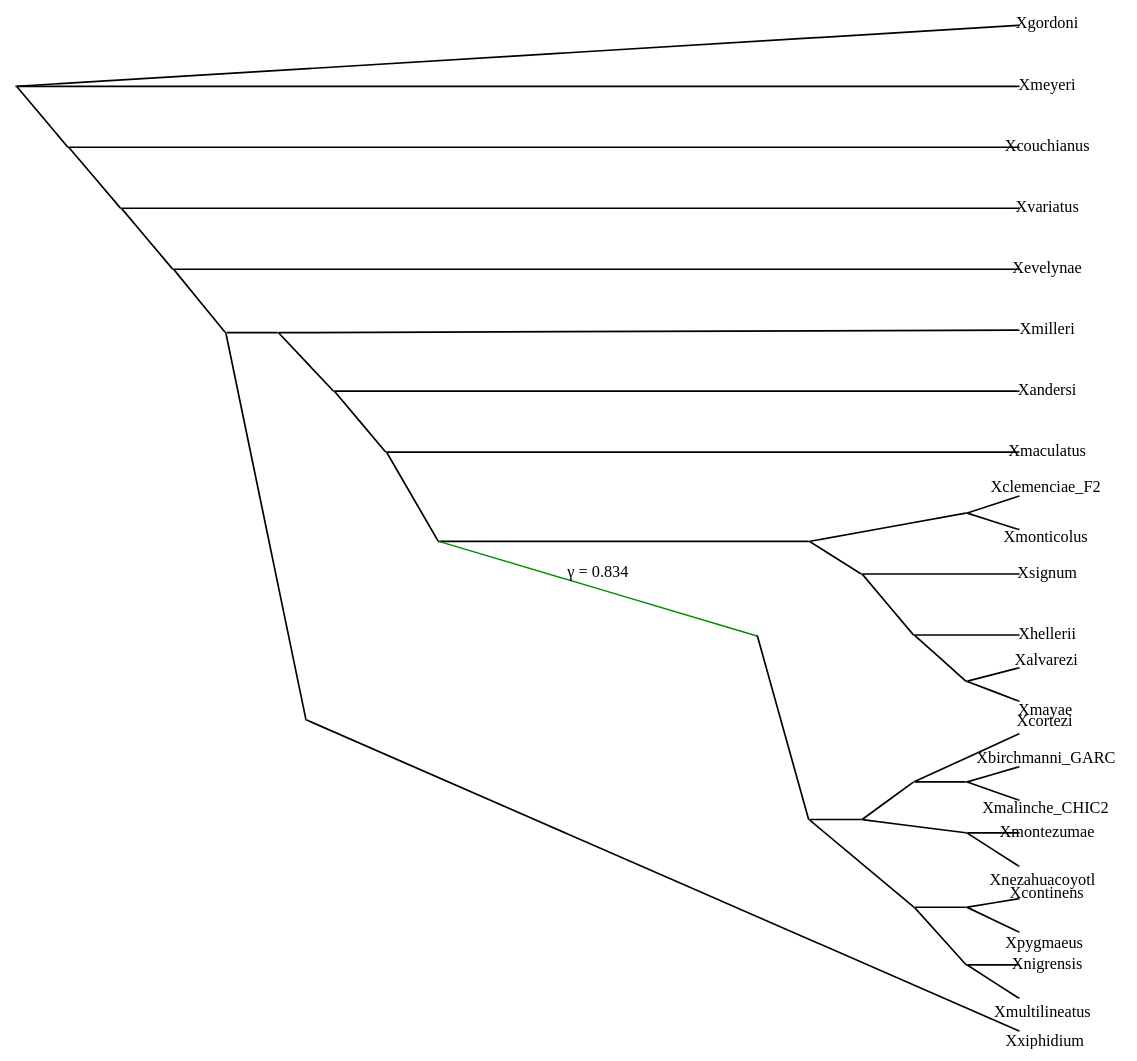
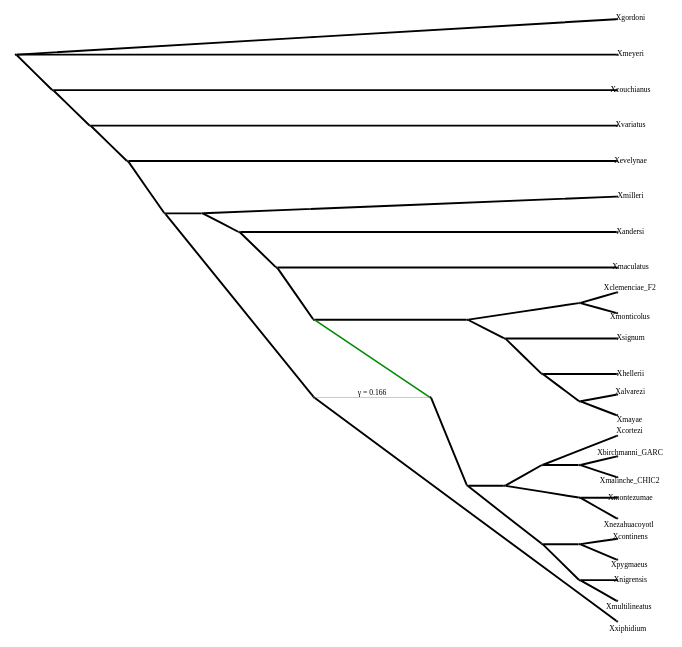
One commit to JuliaPhylo/PhyloNetworks.jl changed the diagram in visualization/drawCF.dot. Above: the diagram before and after it, drawn with Graphviz. The commit also changed 7 other files, not shown here.

Commit message:
Switched gamma label to minor edge

```diff
--- a/visualization/drawCF.dot
+++ b/visualization/drawCF.dot
@@ -2,10 +2,10 @@
      rankdir=LR; 
     labelloc=b 
     ratio="fill"; 
-    size="10 ,10 !"; 
-    nodesep=1.0; 
-    splines=false; 
-    edge [fontsize=39.0]; 
+    size="6 ,8 !"; 
+    nodesep=0.5; 
+    splines=line; 
+    edge [fontsize=16.0]; 
     node [shape = point] 
     rank=max -1 
   subgraph    { 1 , 2 , 3 , 4 , 5 , 6 , 7 , 8 , 9 , 10 , 11 , 12 , 13 , 14 , 15 , 16 , 17 , 18 , 19 , 20 , 21 , 22 , 24 , 25 } 
@@ -36,34 +36,34 @@
  
      -1 -- 1
                                   [headlabel=Xgordoni]
-                                  [labeldistance=7.0]
-                                  [labelangle=180]
+                                  [labeldistance=3.0]
+                                  [labelangle=180.0]
                                   [penwidth=4]; 
      -1 -- 2
                                   [headlabel=Xmeyeri]
-                                  [labeldistance=7.0]
-                                  [labelangle=180]
+                                  [labeldistance=3.0]
+                                  [labelangle=180.0]
                                   [penwidth=4]; 
      -1 -- -2
                                   [penwidth=4]; 
      -2 -- 3
                                   [headlabel=Xcouchianus]
-                                  [labeldistance=7.0]
-                                  [labelangle=180]
+                                  [labeldistance=3.0]
+                                  [labelangle=180.0]
                                   [penwidth=4]; 
      -2 -- -3
                                   [penwidth=4]; 
      -3 -- 4
                                   [headlabel=Xvariatus]
-                                  [labeldistance=7.0]
-                                  [labelangle=180]
+                                  [labeldistance=3.0]
+                                  [labelangle=180.0]
                                   [penwidth=4]; 
      -3 -- -4
                                   [penwidth=4]; 
      -4 -- 5
                                   [headlabel=Xevelynae]
-                                  [labeldistance=7.0]
-                                  [labelangle=180]
+                                  [labeldistance=3.0]
+                                  [labelangle=180.0]
                                   [penwidth=4]; 
      -4 -- -5
                                   [penwidth=4]; 
@@ -73,15 +73,15 @@
                                   [penwidth=4]; 
      -7 -- 6
                                   [headlabel=Xandersi]
-                                  [labeldistance=7.0]
-                                  [labelangle=180]
+                                  [labeldistance=3.0]
+                                  [labelangle=180.0]
                                   [penwidth=4]; 
      -7 -- -8
                                   [penwidth=4]; 
      -8 -- 7
                                   [headlabel=Xmaculatus]
-                                  [labeldistance=7.0]
-                                  [labelangle=180]
+                                  [labeldistance=3.0]
+                                  [labelangle=180.0]
                                   [penwidth=4]; 
      -8 -- -9
                                   [penwidth=4]; 
@@ -91,13 +91,13 @@
                                   [penwidth=4]; 
      -11 -- 8
                                   [headlabel=Xclemenciae_F2]
-                                  [labeldistance=7.0]
-                                  [labelangle=180]
+                                  [labeldistance=3.0]
+                                  [labelangle=180.0]
                                   [penwidth=4]; 
      -11 -- 9
                                   [headlabel=Xmonticolus]
-                                  [labeldistance=7.0]
-                                  [labelangle=180]
+                                  [labeldistance=3.0]
+                                  [labelangle=180.0]
                                   [penwidth=4]; 
      -10 -- -12
                                   [penwidth=4]; 
@@ -105,32 +105,29 @@
                                   [penwidth=4]; 
      -13 -- 10
                                   [headlabel=Xhellerii]
-                                  [labeldistance=7.0]
-                                  [labelangle=180]
+                                  [labeldistance=3.0]
+                                  [labelangle=180.0]
                                   [penwidth=4]; 
      -13 -- -14
                                   [penwidth=4]; 
      -14 -- 11
                                   [headlabel=Xalvarezi]
-                                  [labeldistance=7.0]
-                                  [labelangle=180]
+                                  [labeldistance=3.0]
+                                  [labelangle=180.0]
                                   [penwidth=4]; 
      -14 -- 12
                                   [headlabel=Xmayae]
-                                  [labeldistance=7.0]
-                                  [labelangle=180]
+                                  [labeldistance=3.0]
+                                  [labelangle=180.0]
                                   [penwidth=4]; 
      -12 -- 13
                                   [headlabel=Xsignum]
-                                  [labeldistance=7.0]
-                                  [labelangle=180]
+                                  [labeldistance=3.0]
+                                  [labelangle=180.0]
                                   [penwidth=4]; 
    -9 -- 23
                                   [color=green4]
-                                  [penwidth=3.336]
-                                  [label=" &gamma; = 0.834"]
-                                  [labeldistance = 3.5]
-                                  [labelangle=45.0]; 
+                                  [penwidth=3.336]; 
      23 -- -16
                                   [penwidth=4]; 
      -16 -- -17
@@ -141,30 +138,30 @@
                                   [penwidth=4]; 
      -19 -- 14
                                   [headlabel=Xbirchmanni_GARC]
-                                  [labeldistance=7.0]
-                                  [labelangle=180]
+                                  [labeldistance=3.0]
+                                  [labelangle=180.0]
                                   [penwidth=4]; 
      -19 -- 15
                                   [headlabel=Xmalinche_CHIC2]
-                                  [labeldistance=7.0]
-                                  [labelangle=180]
+                                  [labeldistance=3.0]
+                                  [labelangle=180.0]
                                   [penwidth=4]; 
      -18 -- 16
                                   [headlabel=Xcortezi]
-                                  [labeldistance=7.0]
-                                  [labelangle=180]
+                                  [labeldistance=3.0]
+                                  [labelangle=180.0]
                                   [penwidth=4]; 
      -17 -- -20
                                   [penwidth=4]; 
      -20 -- 17
                                   [headlabel=Xmontezumae]
-                                  [labeldistance=7.0]
-                                  [labelangle=180]
+                                  [labeldistance=3.0]
+                                  [labelangle=180.0]
                                   [penwidth=4]; 
      -20 -- 18
                                   [headlabel=Xnezahuacoyotl]
-                                  [labeldistance=7.0]
-                                  [labelangle=180]
+                                  [labeldistance=3.0]
+                                  [labelangle=180.0]
                                   [penwidth=4]; 
      -16 -- -21
                                   [penwidth=4]; 
@@ -172,36 +169,42 @@
                                   [penwidth=4]; 
      -22 -- 19
                                   [headlabel=Xcontinens]
-                                  [labeldistance=7.0]
-                                  [labelangle=180]
+                                  [labeldistance=3.0]
+                                  [labelangle=180.0]
                                   [penwidth=4]; 
      -22 -- 20
                                   [headlabel=Xpygmaeus]
-                                  [labeldistance=7.0]
-                                  [labelangle=180]
+                                  [labeldistance=3.0]
+                                  [labelangle=180.0]
                                   [penwidth=4]; 
      -21 -- -23
                                   [penwidth=4]; 
      -23 -- 21
                                   [headlabel=Xnigrensis]
-                                  [labeldistance=7.0]
-                                  [labelangle=180]
+                                  [labeldistance=3.0]
+                                  [labelangle=180.0]
                                   [penwidth=4]; 
      -23 -- 22
                                   [headlabel=Xmultilineatus]
-                                  [labeldistance=7.0]
-                                  [labelangle=180]
+                                  [labeldistance=3.0]
+                                  [labelangle=180.0]
                                   [penwidth=4]; 
      -6 -- 24
                                   [headlabel=Xmilleri]
-                                  [labeldistance=7.0]
-                                  [labelangle=180]
+                                  [labeldistance=3.0]
+                                  [labelangle=180.0]
                                   [penwidth=4]; 
      -5 -- -24
                                   [penwidth=4]; 
      -24 -- 25
                                   [headlabel=Xxiphidium]
-                                  [labeldistance=7.0]
-                                  [labelangle=180]
+                                  [labeldistance=3.0]
+                                  [labelangle=180.0]
                                   [penwidth=4]; 
+   -24 -- 23
+                                  [color=green4]
+                                  [penwidth=0.664]
+                                  [label=" &gamma; = 0.166"]
+                                  [labeldistance = 3.5]
+                                  [labelangle=45.0]; 
 }
```
